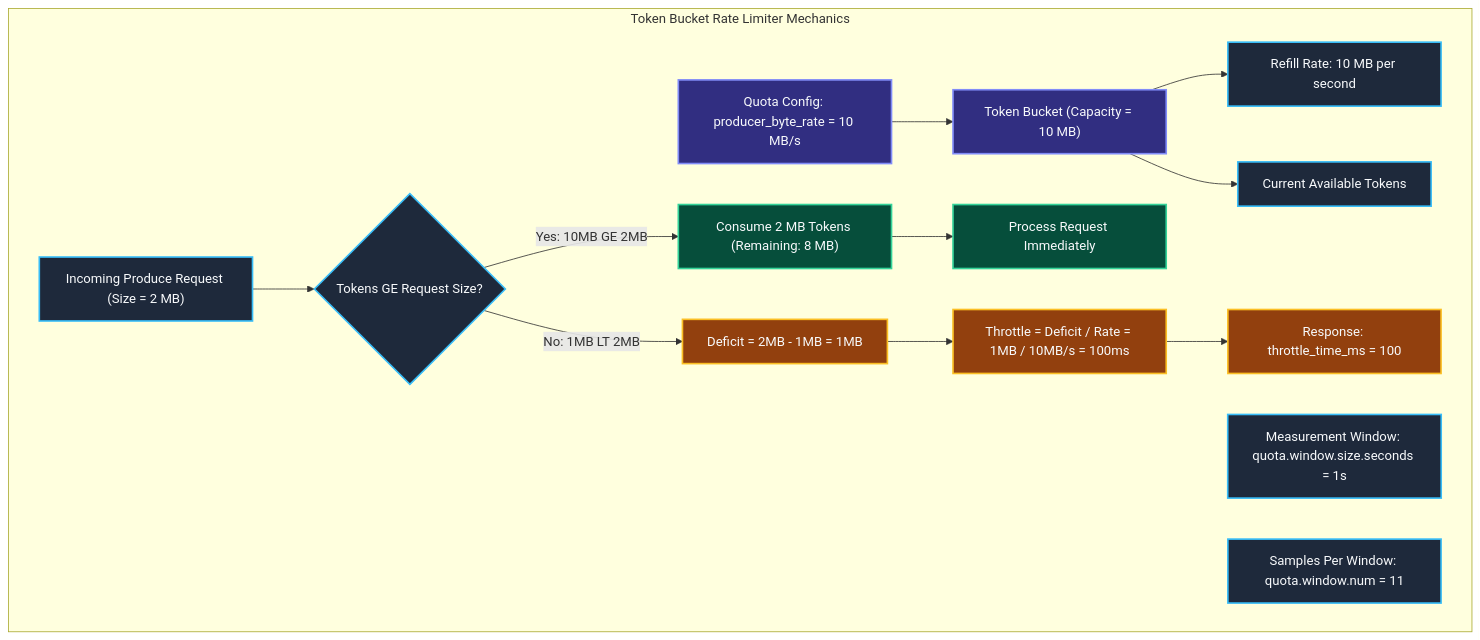
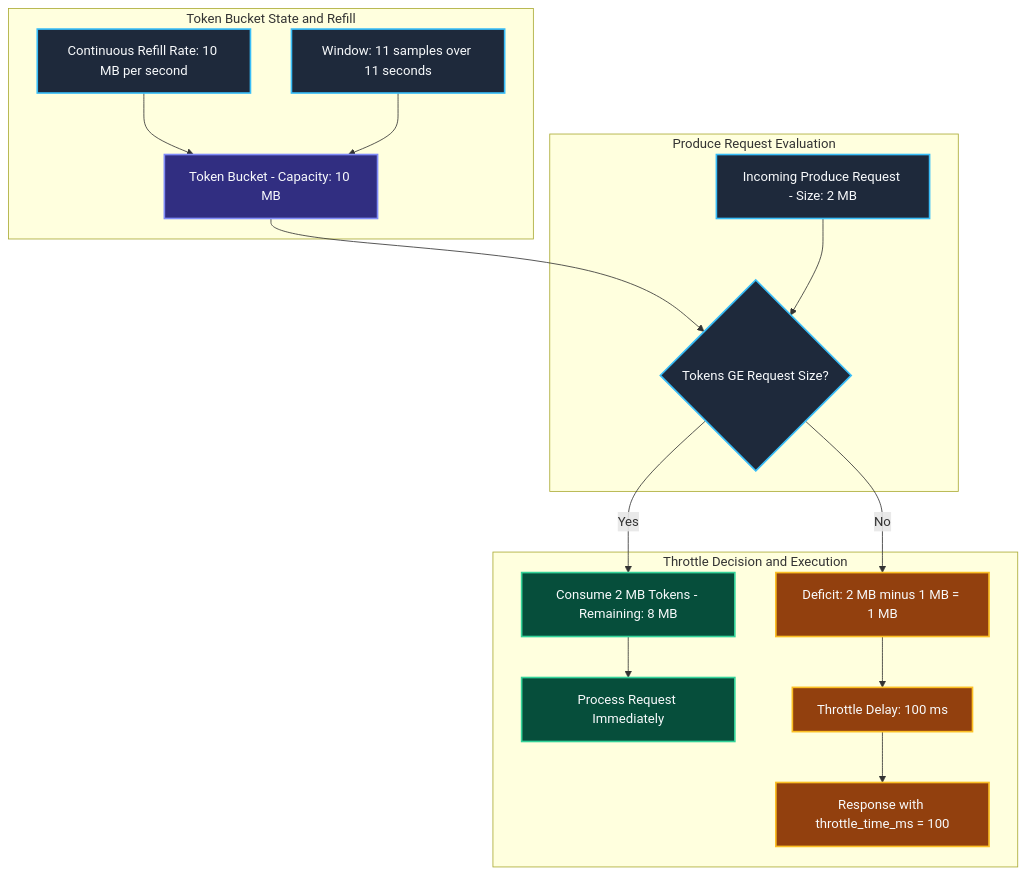
Diagram 32 of 48 in docs/configDoc/kafka-configuration-guide.md (Chief-Strategist-J/llm-obs-infra), drawn with Mermaid before and after one commit. The commit also changed other lines of this file, not shown here.

Commit message:
fix(docs): resolve syntax and layout issues in diagrams 15.2 and 15.3

````diff
--- a/docs/configDoc/kafka-configuration-guide.md
+++ b/docs/configDoc/kafka-configuration-guide.md
@@ -2532,35 +2548,45 @@
 ```mermaid
-graph TB
-    subgraph TokenBucket ["Token Bucket Rate Limiter Mechanics"]
-        Config["Quota Config: producer_byte_rate = 10 MB/s"]
-        Config --> Bucket["Token Bucket (Capacity = 10 MB)"]
-
-        Bucket --> RefillRate["Refill Rate: 10 MB per second"]
-        Bucket --> CurrentTokens["Current Available Tokens"]
-
-        ProduceReq["Incoming Produce Request (Size = 2 MB)"] --> CheckTokens{"Tokens GE Request Size?"}
-        CheckTokens -->|Yes: 10MB GE 2MB| ConsumeTokens["Consume 2 MB Tokens (Remaining: 8 MB)"]
-        ConsumeTokens --> ProcessReq["Process Request Immediately"]
-
-        CheckTokens -->|No: 1MB LT 2MB| CalcDelay["Deficit = 2MB - 1MB = 1MB"]
-        CalcDelay --> ThrottleTime["Throttle = Deficit / Rate = 1MB / 10MB/s = 100ms"]
-        ThrottleTime --> SendThrottle["Response: throttle_time_ms = 100"]
-
-        WindowSample["Measurement Window: quota.window.size.seconds = 1s"]
-        WindowCount["Samples Per Window: quota.window.num = 11"]
+graph TD
+    subgraph BucketConfig ["Token Bucket State and Refill"]
+        BucketInit["Token Bucket - Capacity: 10 MB"]
+        Refill["Continuous Refill Rate: 10 MB per second"]
+        WindowDef["Window: 11 samples over 11 seconds"]
+        Refill --> BucketInit
+        WindowDef --> BucketInit
     end
 
-    style Config fill:#312e81,stroke:#818cf8,stroke-width:2px,color:#f8fafc
-    style Bucket fill:#312e81,stroke:#818cf8,stroke-width:2px,color:#f8fafc
-    style RefillRate fill:#1e293b,stroke:#38bdf8,stroke-width:2px,color:#f8fafc
-    style CurrentTokens fill:#1e293b,stroke:#38bdf8,stroke-width:2px,color:#f8fafc
+    subgraph RequestEvaluation ["Produce Request Evaluation"]
+        ProduceReq["Incoming Produce Request - Size: 2 MB"]
+        CheckTokens{"Tokens GE Request Size?"}
+        BucketInit --> CheckTokens
+        ProduceReq --> CheckTokens
+    end
+
+    subgraph TokenOutcome ["Throttle Decision and Execution"]
+        ConsumeTokens["Consume 2 MB Tokens - Remaining: 8 MB"]
+        ProcessReq["Process Request Immediately"]
+        CalcDelay["Deficit: 2 MB minus 1 MB = 1 MB"]
+        ThrottleTime["Throttle Delay: 100 ms"]
+        SendThrottle["Response with throttle_time_ms = 100"]
+
+        CheckTokens -->|Yes| ConsumeTokens
+        ConsumeTokens --> ProcessReq
+
+        CheckTokens -->|No| CalcDelay
+        CalcDelay --> ThrottleTime
+        ThrottleTime --> SendThrottle
+    end
+
+    style BucketInit fill:#312e81,stroke:#818cf8,stroke-width:2px,color:#f8fafc
+    style Refill fill:#1e293b,stroke:#38bdf8,stroke-width:2px,color:#f8fafc
+    style WindowDef fill:#1e293b,stroke:#38bdf8,stroke-width:2px,color:#f8fafc
+
     style ProduceReq fill:#1e293b,stroke:#38bdf8,stroke-width:2px,color:#f8fafc
     style CheckTokens fill:#1e293b,stroke:#38bdf8,stroke-width:2px,color:#f8fafc
+
     style ConsumeTokens fill:#064e3b,stroke:#34d399,stroke-width:2px,color:#f8fafc
     style ProcessReq fill:#064e3b,stroke:#34d399,stroke-width:2px,color:#f8fafc
     style CalcDelay fill:#92400e,stroke:#fbbf24,stroke-width:2px,color:#f8fafc
     style ThrottleTime fill:#92400e,stroke:#fbbf24,stroke-width:2px,color:#f8fafc
     style SendThrottle fill:#92400e,stroke:#fbbf24,stroke-width:2px,color:#f8fafc
-    style WindowSample fill:#1e293b,stroke:#38bdf8,stroke-width:2px,color:#f8fafc
-    style WindowCount fill:#1e293b,stroke:#38bdf8,stroke-width:2px,color:#f8fafc
 ```
````
